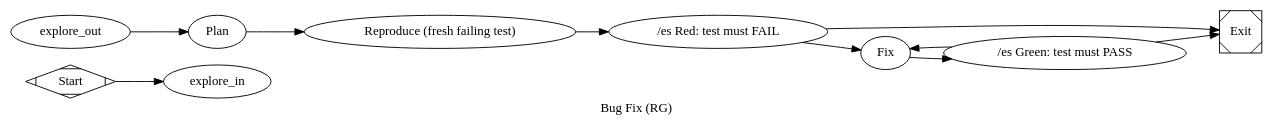
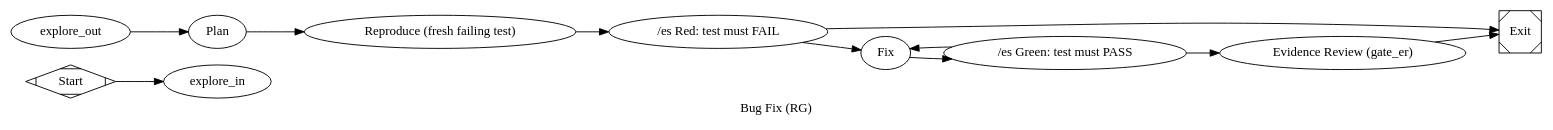
The diagram in pipelines/bug_fix.dot (jleechanorg/dark-factory), drawn with Graphviz before and after one commit. The commit also changed 4 other files, not shown here.

First line of the commit message:
fix(level5): adversarial reviewer for bug_fix lane + holdout env isolation

```diff
--- a/pipelines/bug_fix.dot
+++ b/pipelines/bug_fix.dot
@@ -1,83 +1,105 @@
 // pipelines/bug_fix.dot
 //
 // Bug-fix lane with /rg (red/green) discipline.
 //
 //   start -> explore_in -> [4-way explore fanout] -> explore_join
 //         -> explore_out -> plan -> reproduce -> gate_red
 //         -> fix (max 3) -> gate_green
+//         -> evidence (gate_er, adversarial cross-vendor review)
 //         -> exit
 //
 // The discipline: a fresh test reproduces the bug, fails under the current
 // code, then passes after the fix. The agent is forbidden from reading the
 // bug report to derive the test (see prompts/bug_fix/reproduce.md).
 //
 // The red gate is a goal-gate: if the test does not fail, the pipeline
 // exits early — no fix is attempted because the bug was not reproduced.
 
 digraph BugFix {
     graph [
         include="@pipelines/_base.dot",
         goal="Bug fix with red/green discipline: reproduce -> red gate -> fix -> green gate -> exit",
         label="Bug Fix (RG)"
     ]
     rankdir=LR
 
     start  [shape=Mdiamond, label="Start"]
     exit   [shape=Msquare,  label="Exit"]
 
     // The base provides: explore_in, explore_fanout, explore_{concept,auth,
     // reuse,risks}, explore_join, explore_out.
 
     plan [
         type="codergen",
         class="plan",
         label="Plan",
         prompt="@prompts/slim/plan.md"
     ]
 
     reproduce [
         type="codergen",
         class="implement",
         label="Reproduce (fresh failing test)",
         prompt="@prompts/bug_fix/reproduce.md",
         goal_gate=true
     ]
 
     gate_red [
         type="gate_red",
         label="/es Red: test must FAIL",
         test_path="${state.bug_fix.test_path}",
         timeout=300
     ]
 
     fix [
         type="codergen",
         class="fix",
         label="Fix",
         prompt="@prompts/bug_fix/fix.md",
         max_visits="3"
     ]
 
     gate_green [
         type="gate_green",
         label="/es Green: test must PASS",
         test_path="${state.bug_fix.test_path}",
         timeout=300
     ]
 
+    // Adversarial reviewer, mirroring review_pr.dot's evidence node: a
+    // green test alone is not merge confidence — an independent, SHA-bound,
+    // cross-vendor reviewer must grade the diff before the lane exits.
+    // prefer_adversarial=true excludes the run-level coder backend from the
+    // priority queue. On a real fail/partial verdict, the exit handler
+    // propagates the non-success outcome, so reviewed-and-rejected runs
+    // terminate as failures (they never ship silently green).
+    evidence [
+        type="gate_er",
+        label="Evidence Review (gate_er)",
+        class="review",
+        backend_priority="codex,minimax,agy,claude-sonnet",
+        prefer_adversarial="true",
+        timeout=600
+    ]
+
     // Wiring: start enters explore, explore exits to plan, plan → reproduce.
     start      -> explore_in
     explore_out -> plan
     plan       -> reproduce
     reproduce  -> gate_red
 
     // Red gate: success means bug reproduced; failure means we couldn't
     // reproduce — exit early instead of pretending to fix.
     gate_red   -> fix          [condition="outcome=success"]
     gate_red   -> exit         [condition="outcome!=success"]
 
-    // Fix loop: green on success, back to fix on failure (max 3 visits).
+    // Fix loop: adversarial review on success, back to fix on failure
+    // (max 3 visits).
     fix        -> gate_green
-    gate_green -> exit         [condition="outcome=success"]
+    gate_green -> evidence     [condition="outcome=success"]
     gate_green -> fix          [condition="outcome!=success"]
+
+    // Evidence verdict is recorded in CXDB either way; exit propagates a
+    // non-success review outcome as the run's terminal outcome.
+    evidence   -> exit
 }
```
